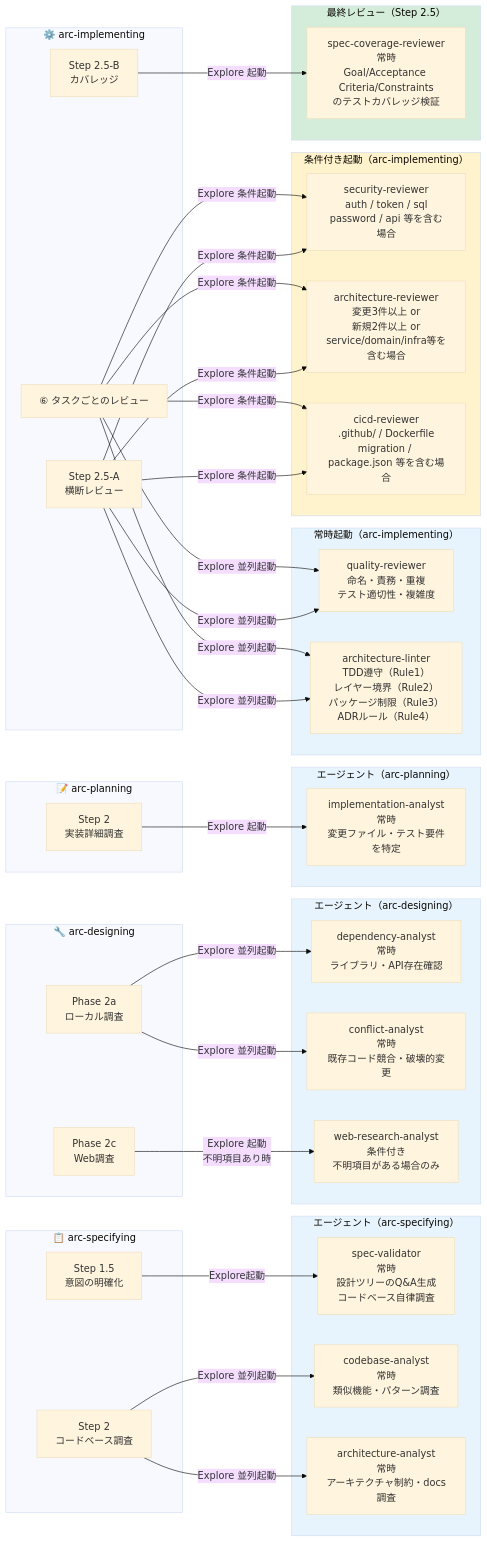
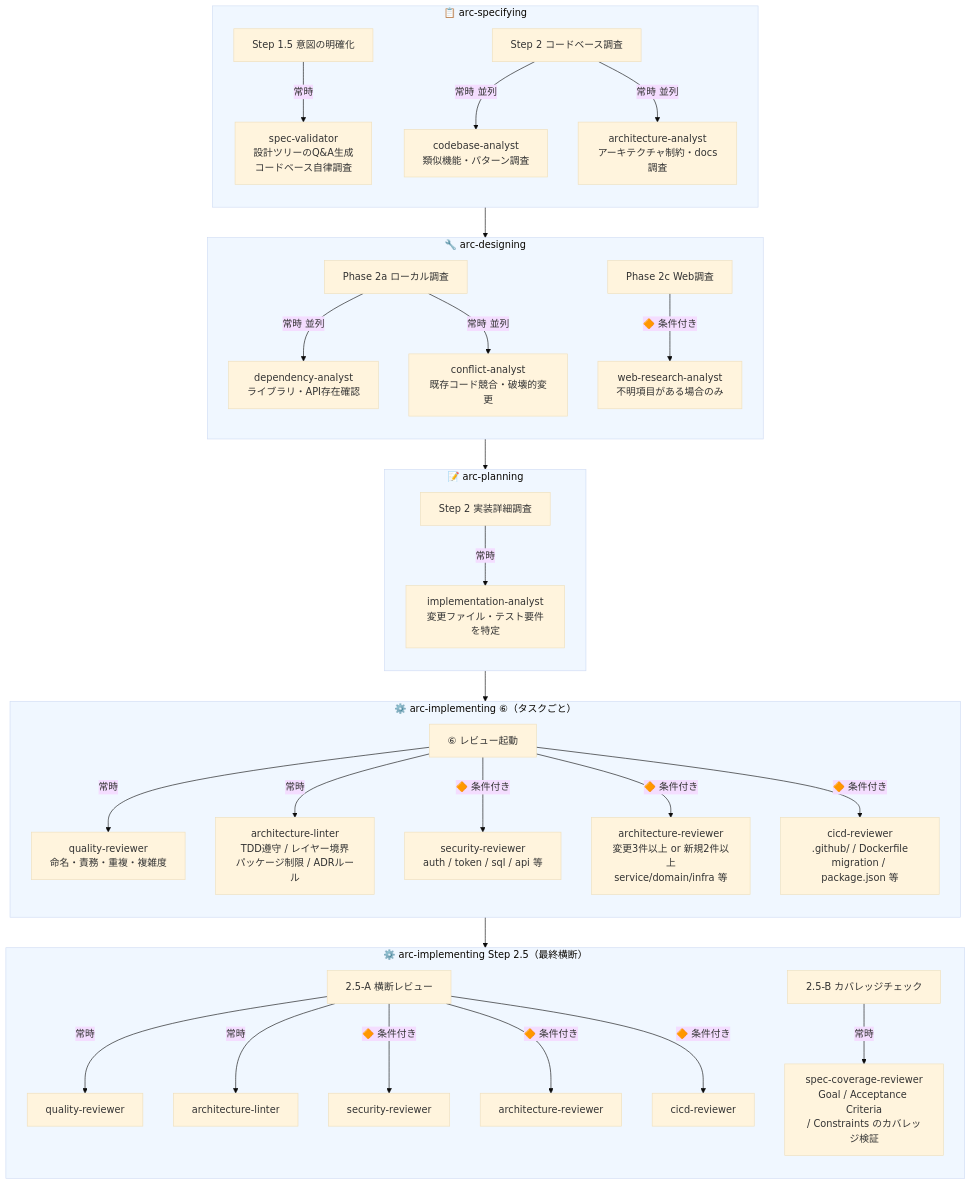
The third of 4 diagrams in plugins/arc/docs/arc-flow.md (kogatakanori/skills), drawn with Mermaid (base theme) before and after one commit. The commit also changed other lines of this file, not shown here.

Commit message:
docs(arc): フロー図を縦表示（TD）に統一・FBループ図を詳細化
- フェーズ概要: LR→TD、内容を詳細化（スコープ定義・ADR等を明記）
- エージェントマップ: LR→TD、各スキル内にエージェントを内包する構造に変更
- FBループ: LR→TD、各フェーズのループ内容を詳細化
- arc:spec のノードラベルの「AC」を「Acceptance Criteria」に修正

https://claude.ai/code/session_016RfSRtCiKgjJZjH7mGuJmt

````diff
--- a/plugins/arc/docs/arc-flow.md
+++ b/plugins/arc/docs/arc-flow.md
@@ -240,95 +247,89 @@
 ```mermaid
-flowchart LR
+flowchart TD
     %% ─────────────────────────────
-    %% arc-specifying のエージェント
+    %% arc-specifying
     %% ─────────────────────────────
     subgraph SPEC["📋 arc-specifying"]
-        S15["Step 1.5\n意図の明確化"]
-        S2["Step 2\nコードベース調査"]
+        direction TB
+        S15["Step 1.5 意図の明確化"]
+        S2["Step 2 コードベース調査"]
+        sv["spec-validator\n設計ツリーのQ&A生成\nコードベース自律調査"]
+        cb["codebase-analyst\n類似機能・パターン調査"]
+        aa["architecture-analyst\nアーキテクチャ制約・docs調査"]
+        S15 -->|"常時"| sv
+        S2 -->|"常時 並列"| cb
+        S2 -->|"常時 並列"| aa
     end
 
-    subgraph SPEC_AGENTS["エージェント（arc-specifying）"]
-        sv["spec-validator\n常時\n設計ツリーのQ&A生成\nコードベース自律調査"]
-        cb["codebase-analyst\n常時\n類似機能・パターン調査"]
-        aa["architecture-analyst\n常時\nアーキテクチャ制約・docs調査"]
+    %% ─────────────────────────────
+    %% arc-designing
+    %% ─────────────────────────────
+    subgraph DESIGN["🔧 arc-designing"]
+        direction TB
+        D2a["Phase 2a ローカル調査"]
+        D2c["Phase 2c Web調査"]
+        dep["dependency-analyst\nライブラリ・API存在確認"]
+        con["conflict-analyst\n既存コード競合・破壊的変更"]
+        web["web-research-analyst\n不明項目がある場合のみ"]
+        D2a -->|"常時 並列"| dep
+        D2a -->|"常時 並列"| con
+        D2c -->|"🔶 条件付き"| web
     end
 
-    S15 -->|"Explore起動"| sv
-    S2 -->|"Explore 並列起動"| cb
-    S2 -->|"Explore 並列起動"| aa
+    %% ─────────────────────────────
+    %% arc-planning
+    %% ─────────────────────────────
+    subgraph PLAN["📝 arc-planning"]
+        direction TB
+        P2["Step 2 実装詳細調査"]
+        ia["implementation-analyst\n変更ファイル・テスト要件を特定"]
+        P2 -->|"常時"| ia
+    end
 
     %% ─────────────────────────────
-    %% arc-designing のエージェント
+    %% arc-implementing ⑥（タスクごと）
     %% ─────────────────────────────
-    subgraph DESIGN["🔧 arc-designing"]
-        D2a["Phase 2a\nローカル調査"]
-        D2c["Phase 2c\nWeb調査"]
+    subgraph IMPL6["⚙️ arc-implementing ⑥（タスクごと）"]
+        direction TB
+        I6["⑥ レビュー起動"]
+        qr["quality-reviewer\n命名・責務・重複・複雑度"]
+        al["architecture-linter\nTDD遵守 / レイヤー境界\nパッケージ制限 / ADRルール"]
+        sec["security-reviewer\nauth / token / sql / api 等"]
+        ar["architecture-reviewer\n変更3件以上 or 新規2件以上\nservice/domain/infra 等"]
+        ci["cicd-reviewer\n.github/ / Dockerfile\nmigration / package.json 等"]
+        I6 -->|"常時"| qr
+        I6 -->|"常時"| al
+        I6 -->|"🔶 条件付き"| sec
+        I6 -->|"🔶 条件付き"| ar
+        I6 -->|"🔶 条件付き"| ci
     end
 
-    subgraph DESIGN_AGENTS["エージェント（arc-designing）"]
-        dep["dependency-analyst\n常時\nライブラリ・API存在確認"]
-        con["conflict-analyst\n常時\n既存コード競合・破壊的変更"]
-        web["web-research-analyst\n条件付き\n不明項目がある場合のみ"]
+    %% ─────────────────────────────
+    %% arc-implementing Step 2.5（最終横断）
+    %% ─────────────────────────────
+    subgraph IMPL25["⚙️ arc-implementing Step 2.5（最終横断）"]
+        direction TB
+        I25A["2.5-A 横断レビュー"]
+        I25B["2.5-B カバレッジチェック"]
+        qr2["quality-reviewer"]
+        al2["architecture-linter"]
+        sec2["security-reviewer"]
+        ar2["architecture-reviewer"]
+        ci2["cicd-reviewer"]
+        scr["spec-coverage-reviewer\nGoal / Acceptance Criteria\n/ Constraints のカバレッジ検証"]
+        I25A -->|"常時"| qr2
+        I25A -->|"常時"| al2
+        I25A -->|"🔶 条件付き"| sec2
+        I25A -->|"🔶 条件付き"| ar2
+        I25A -->|"🔶 条件付き"| ci2
+        I25B -->|"常時"| scr
     end
 
-    D2a -->|"Explore 並列起動"| dep
-    D2a -->|"Explore 並列起動"| con
-    D2c -->|"Explore 起動\n不明項目あり時"| web
+    SPEC --> DESIGN --> PLAN --> IMPL6 --> IMPL25
 
-    %% ─────────────────────────────
-    %% arc-planning のエージェント
-    %% ─────────────────────────────
-    subgraph PLAN["📝 arc-planning"]
-        P2["Step 2\n実装詳細調査"]
-    end
-
-    subgraph PLAN_AGENTS["エージェント（arc-planning）"]
-        ia["implementation-analyst\n常時\n変更ファイル・テスト要件を特定"]
-    end
-
-    P2 -->|"Explore 起動"| ia
-
-    %% ─────────────────────────────
-    %% arc-implementing のエージェント
-    %% ─────────────────────────────
-    subgraph IMPL["⚙️ arc-implementing"]
-        I6["⑥ タスクごとのレビュー"]
-        I25A["Step 2.5-A\n横断レビュー"]
-        I25B["Step 2.5-B\nカバレッジ"]
-    end
-
-    subgraph IMPL_ALWAYS["常時起動（arc-implementing）"]
-        qr["quality-reviewer\n命名・責務・重複\nテスト適切性・複雑度"]
-        al["architecture-linter\nTDD遵守（Rule1）\nレイヤー境界（Rule2）\nパッケージ制限（Rule3）\nADRルール（Rule4）"]
-    end
-
-    subgraph IMPL_COND["条件付き起動（arc-implementing）"]
-        sec["security-reviewer\nauth / token / sql\npassword / api 等を含む場合"]
-        ar["architecture-reviewer\n変更3件以上 or\n新規2件以上 or\nservice/domain/infra等を含む場合"]
-        ci["cicd-reviewer\n.github/ / Dockerfile\nmigration / package.json 等を含む場合"]
-    end
-
-    subgraph IMPL_FINAL["最終レビュー（Step 2.5）"]
-        scr["spec-coverage-reviewer\n常時\nGoal/Acceptance Criteria/Constraints\nのテストカバレッジ検証"]
-    end
-
-    I6 -->|"Explore 並列起動"| qr
-    I6 -->|"Explore 並列起動"| al
-    I6 -->|"Explore 条件起動"| sec
-    I6 -->|"Explore 条件起動"| ar
-    I6 -->|"Explore 条件起動"| ci
-    I25A -->|"Explore 並列起動"| qr
-    I25A -->|"Explore 並列起動"| al
-    I25A -->|"Explore 条件起動"| sec
-    I25A -->|"Explore 条件起動"| ar
-    I25A -->|"Explore 条件起動"| ci
-    I25B -->|"Explore 起動"| scr
-
-    %% スタイル
-    style SPEC_AGENTS fill:#e8f4fd
-    style DESIGN_AGENTS fill:#e8f4fd
-    style PLAN_AGENTS fill:#e8f4fd
-    style IMPL_ALWAYS fill:#e8f4fd
-    style IMPL_COND fill:#fff3cd
-    style IMPL_FINAL fill:#d4edda
+    style SPEC fill:#f0f7ff
+    style DESIGN fill:#f0f7ff
+    style PLAN fill:#f0f7ff
+    style IMPL6 fill:#f0f7ff
+    style IMPL25 fill:#f0f7ff
 ```
````
